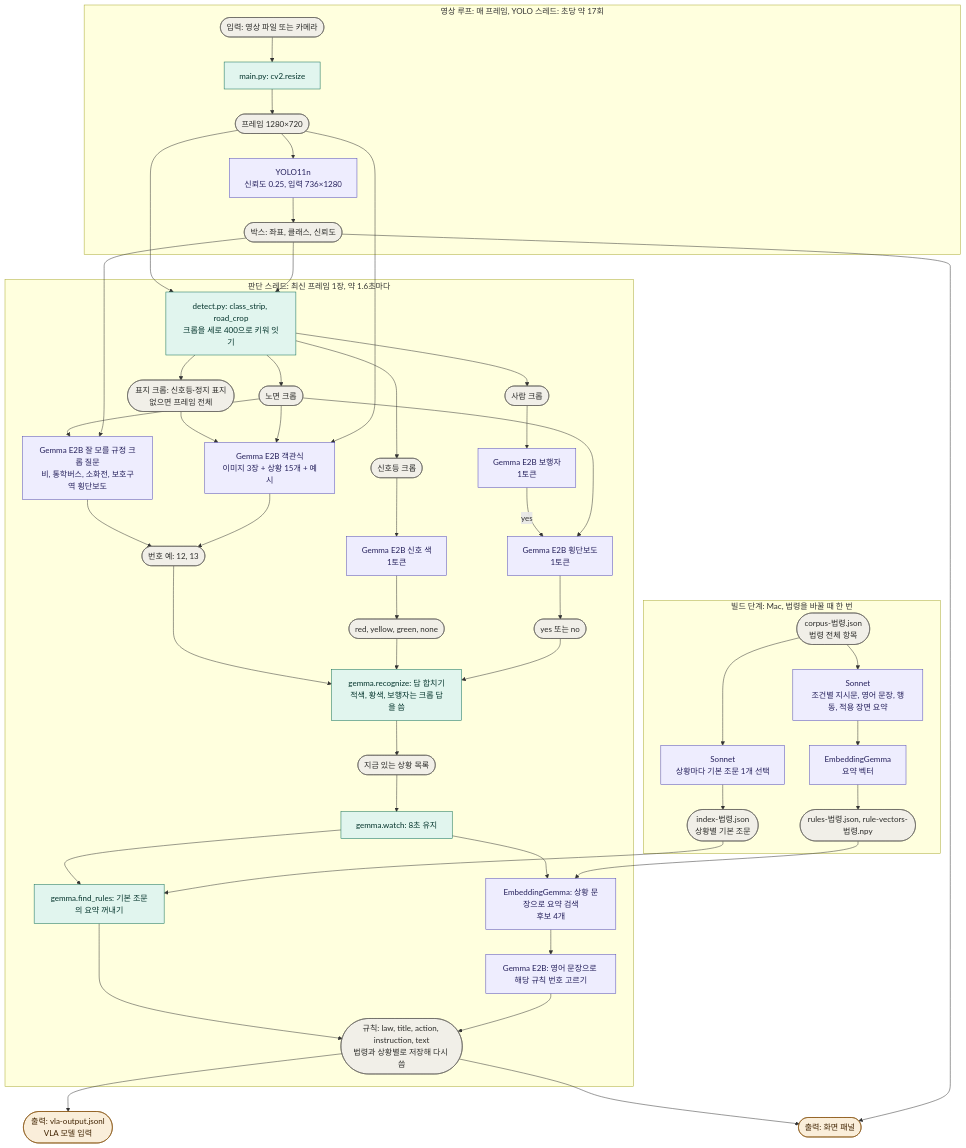
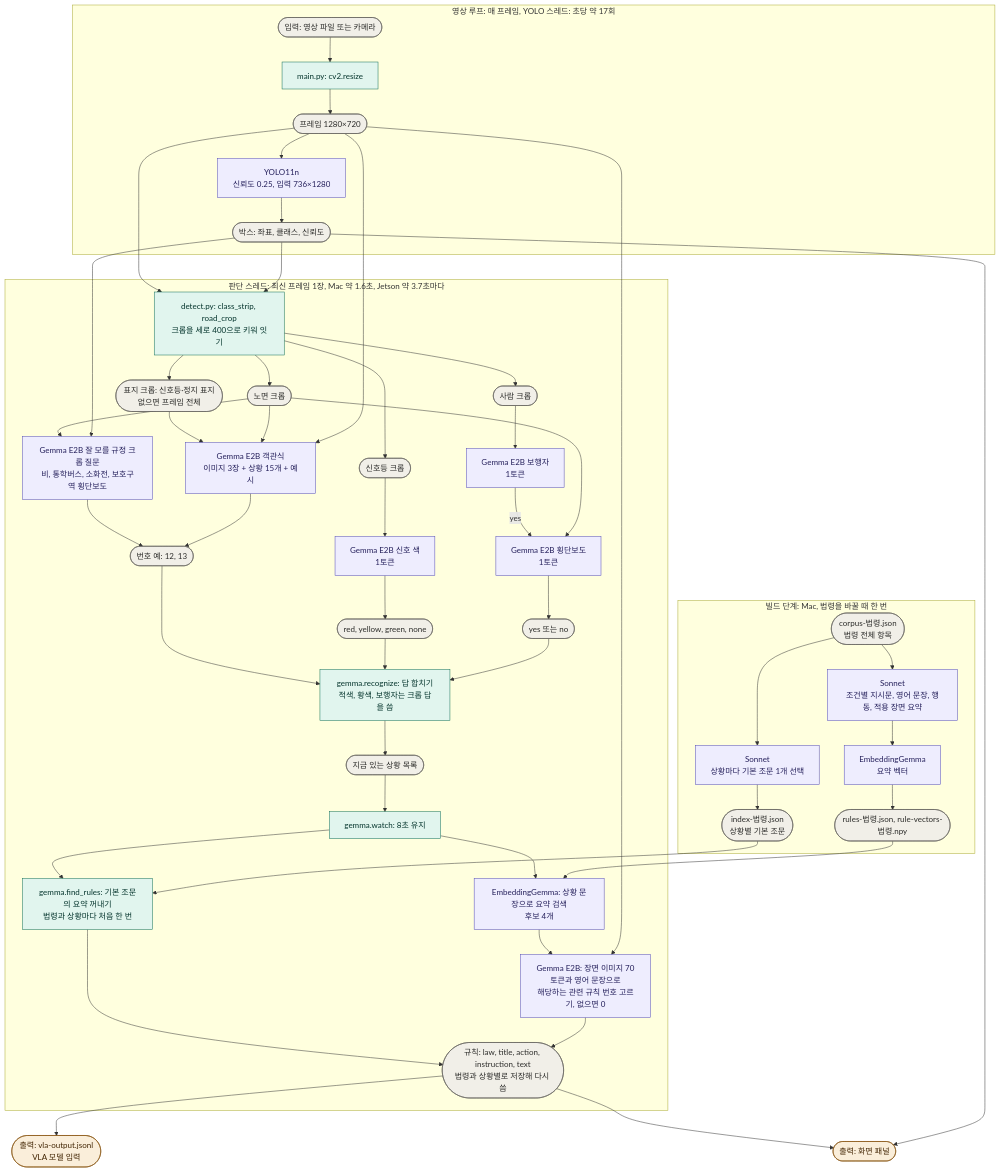
One commit to Nedian0Brien/Vision-LLM-202035152 changed the diagram in Project03/README.md. Above: the diagram before and after it, drawn with Mermaid. The commit also changed other lines of this file and 2 other files, not shown here.

````diff
--- a/Project03/README.md
+++ b/Project03/README.md
@@ -16,63 +16,64 @@
 ```mermaid
 flowchart TD
   subgraph S0["빌드 단계: Mac, 법령을 바꿀 때 한 번"]
     C0(["corpus-법령.json<br/>법령 전체 항목"]):::data --> C1["Sonnet<br/>상황마다 기본 조문 1개 선택"]:::model
     C1 --> IDX(["index-법령.json<br/>상황별 기본 조문"]):::data
     C0 --> C2["Sonnet<br/>조건별 지시문, 영어 문장, 행동, 적용 장면 요약"]:::model
     C2 --> C3["EmbeddingGemma<br/>요약 벡터"]:::model
     C3 --> RV(["rules-법령.json, rule-vectors-법령.npy"]):::data
   end
   subgraph S1["영상 루프: 매 프레임, YOLO 스레드: 초당 약 17회"]
     IN(["입력: 영상 파일 또는 카메라"]):::data --> RS["main.py: cv2.resize"]:::code
     RS --> FR(["프레임 1280×720"]):::data
     FR --> Y["YOLO11n<br/>신뢰도 0.25, 입력 736×1280"]:::model
     Y --> BX(["박스: 좌표, 클래스, 신뢰도"]):::data
   end
-  subgraph S2["판단 스레드: 최신 프레임 1장, 약 1.6초마다"]
+  subgraph S2["판단 스레드: 최신 프레임 1장, Mac 약 1.6초, Jetson 약 3.7초마다"]
     CP["detect.py: class_strip, road_crop<br/>크롭을 세로 400으로 키워 잇기"]:::code
     CP --> IA(["표지 크롭: 신호등·정지 표지<br/>없으면 프레임 전체"]):::data
     CP --> IB(["신호등 크롭"]):::data
     CP --> IC(["사람 크롭"]):::data
     CP --> ID(["노면 크롭"]):::data
     G1["Gemma E2B 객관식<br/>이미지 3장 + 상황 15개 + 예시"]:::model
     G2["Gemma E2B 신호 색<br/>1토큰"]:::model
     G3["Gemma E2B 보행자<br/>1토큰"]:::model
     G4["Gemma E2B 횡단보도<br/>1토큰"]:::model
     G5["Gemma E2B 잘 모를 규정 크롭 질문<br/>비, 통학버스, 소화전, 보호구역 횡단보도"]:::model
     IA --> G1
     ID --> G1
     IB --> G2
     IC --> G3
     G3 -- "yes" --> G4
     ID --> G4
     ID --> G5
     BX --> G5
     G5 --> A1
     G1 --> A1(["번호 예: 12, 13"]):::data
     G2 --> A2(["red, yellow, green, none"]):::data
     G4 --> A3(["yes 또는 no"]):::data
     A1 --> MG["gemma.recognize: 답 합치기<br/>적색, 황색, 보행자는 크롭 답을 씀"]:::code
     A2 --> MG
     A3 --> MG
     MG --> FD(["지금 있는 상황 목록"]):::data
     FD --> HD["gemma.watch: 8초 유지"]:::code
-    HD --> LK["gemma.find_rules: 기본 조문의 요약 꺼내기"]:::code
+    HD --> LK["gemma.find_rules: 기본 조문의 요약 꺼내기<br/>법령과 상황마다 처음 한 번"]:::code
     HD --> SR["EmbeddingGemma: 상황 문장으로 요약 검색<br/>후보 4개"]:::model
-    SR --> R1["Gemma E2B: 영어 문장으로 해당 규칙 번호 고르기"]:::model
+    SR --> R1["Gemma E2B: 장면 이미지 70토큰과 영어 문장으로<br/>해당하는 관련 규칙 번호 고르기, 없으면 0"]:::model
     LK --> RL
     R1 --> RL
   end
   RL(["규칙: law, title, action, instruction, text<br/>법령과 상황별로 저장해 다시 씀"]):::data
   RL --> O1(["출력: vla-output.jsonl<br/>VLA 모델 입력"]):::out
   RL --> O2(["출력: 화면 패널"]):::out
   BX --> O2
   FR --> G1
   FR --> CP
   BX --> CP
   IDX --> LK
   RV --> SR
+  FR --> R1
   classDef model fill:#EEEDFE,stroke:#534AB7,color:#26215C
   classDef code fill:#E1F5EE,stroke:#0F6E56,color:#04342C
   classDef data fill:#F1EFE8,stroke:#5F5E5A,color:#2C2C2A
   classDef out fill:#FAEEDA,stroke:#854F0B,color:#412402
 ```
````
